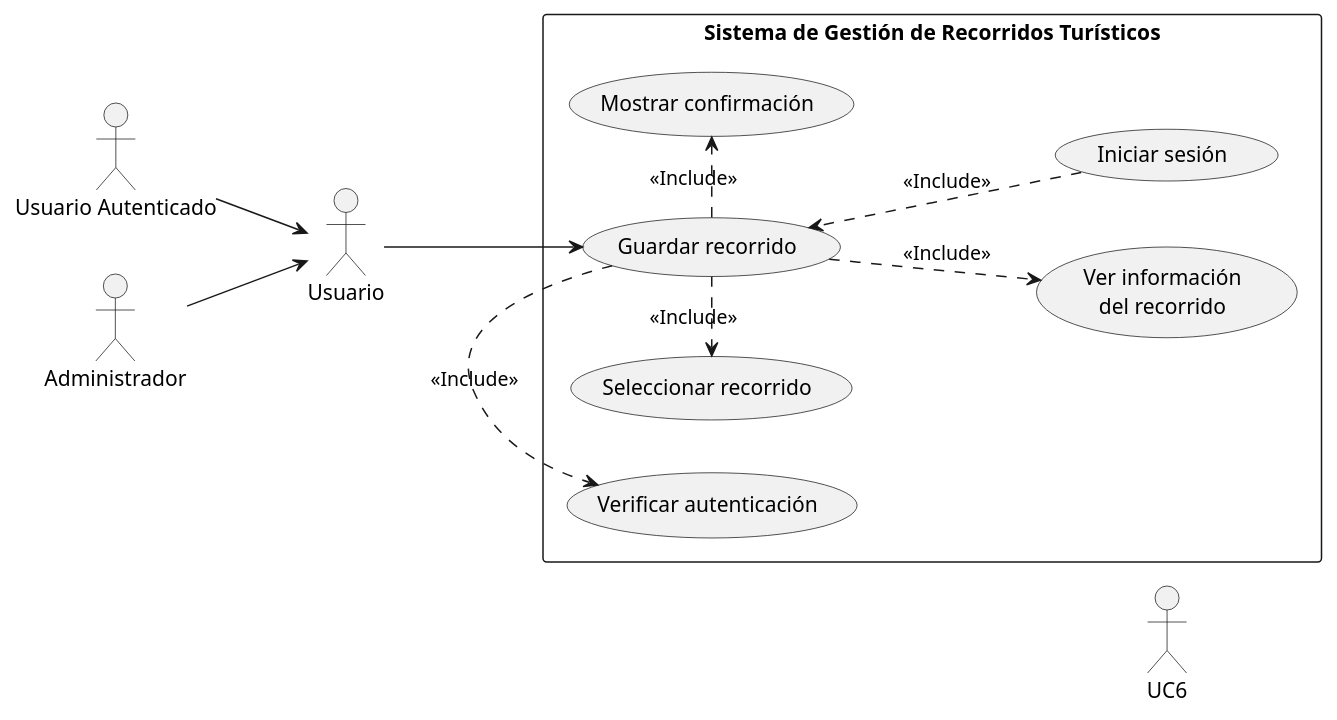
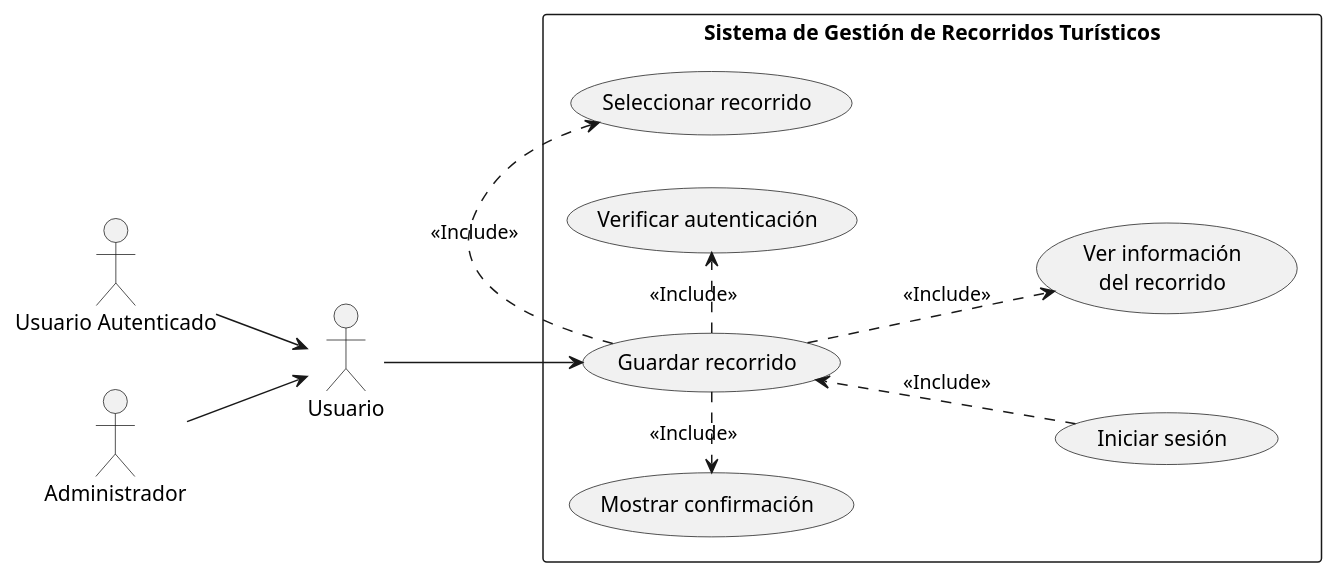
One commit to LauKnitIn/SISTEMA-GESTOR-DE-RECORRIDOS changed the diagram in docs/casos-uso/modulo-recorridos/CU_guardar_recorrido.puml. Above: the diagram before and after it, drawn with PlantUML.

Commit message:
fix: remove hidden relationship from UC5 to UC6 in use case diagram

```diff
--- a/docs/casos-uso/modulo-recorridos/CU_guardar_recorrido.puml
+++ b/docs/casos-uso/modulo-recorridos/CU_guardar_recorrido.puml
@@ -1,32 +1,31 @@
 @startuml Casos de Uso - Guardar Recorrido
 left to right direction
 
 actor "Usuario Autenticado" as UA
 actor "Administrador" as Admin
 actor "Usuario" as User
 
 
 rectangle "Sistema de Gestión de Recorridos Turísticos" {
   usecase "Guardar recorrido" as UC1
   usecase "Seleccionar recorrido" as UC2
   usecase "Ver información\ndel recorrido" as UC3
   usecase "Verificar autenticación" as UC5
   usecase "Mostrar confirmación" as UC7
   usecase "Iniciar sesión" as UC8
 }
 
 UA    --> User
 Admin --> User
 User  --> UC1
 
 UC1 .> UC2 : <<Include>>
 UC1 .> UC3 : <<Include>>
 UC1 .> UC5 : <<Include>>
 UC1 .> UC7 : <<Include>>
 UC8 .> UC1 : <<Include>>
 
 UC2 -[hidden]-> UC3
-UC5 -[hidden]-> UC6
 UC7 -[hidden]-> UC8
 
 @enduml
```
